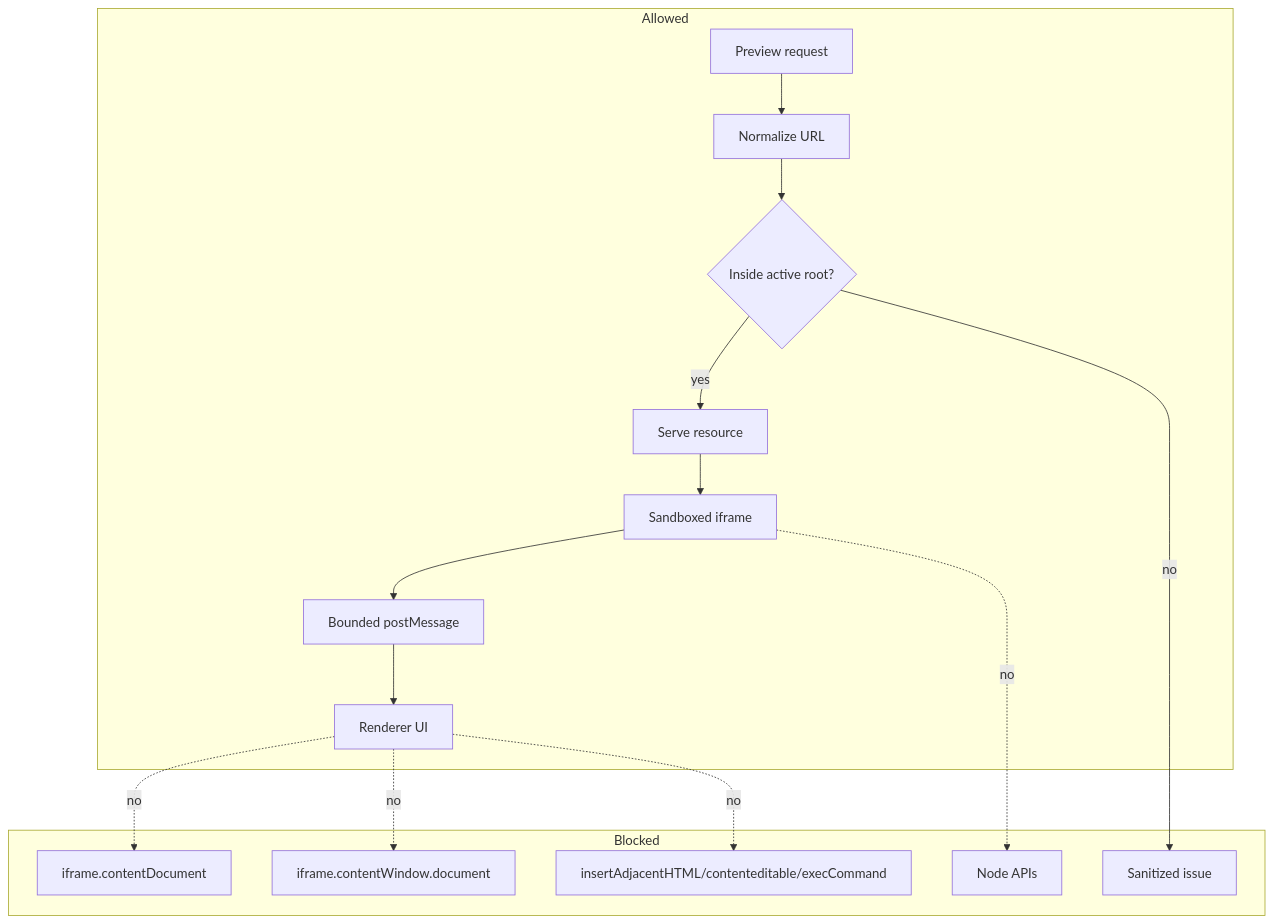
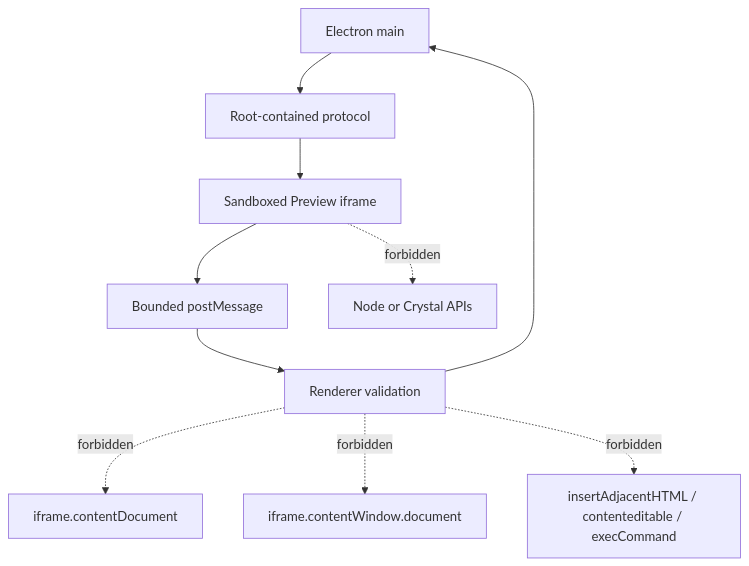
The diagram in docs/architecture/preview/preview-safety.md (krestosa/Crystal), drawn with Mermaid before and after one commit. The commit also changed other lines of this file and 60 other files, not shown here.

````diff
--- a/docs/architecture/preview/preview-safety.md
+++ b/docs/architecture/preview/preview-safety.md
@@ -68,19 +46,12 @@
 ```mermaid
 flowchart TD
-  subgraph Allowed[Allowed]
-    Request[Preview request] --> Normalize[Normalize URL]
-    Normalize --> RootCheck{Inside active root?}
-    RootCheck -->|yes| Serve[Serve resource]
-    Serve --> Iframe[Sandboxed iframe]
-    Iframe --> Message[Bounded postMessage]
-    Message --> Renderer[Renderer UI]
-  end
-
-  subgraph Blocked[Blocked]
-    RootCheck -->|no| Issue[Sanitized issue]
-    Renderer -. no .-> LiveDOM[iframe.contentDocument]
-    Renderer -. no .-> LiveWindow[iframe.contentWindow.document]
-    Iframe -. no .-> Node[Node APIs]
-    Renderer -. no .-> Insert[insertAdjacentHTML/contenteditable/execCommand]
-  end
+  Main[Electron main] --> Protocol[Root-contained protocol]
+  Protocol --> Frame[Sandboxed Preview iframe]
+  Frame --> Message[Bounded postMessage]
+  Message --> Renderer[Renderer validation]
+  Renderer --> Main
+  Renderer -. forbidden .-> Doc[iframe.contentDocument]
+  Renderer -. forbidden .-> Win[iframe.contentWindow.document]
+  Renderer -. forbidden .-> Inject[insertAdjacentHTML / contenteditable / execCommand]
+  Frame -. forbidden .-> Privilege[Node or Crystal APIs]
 ```
````
